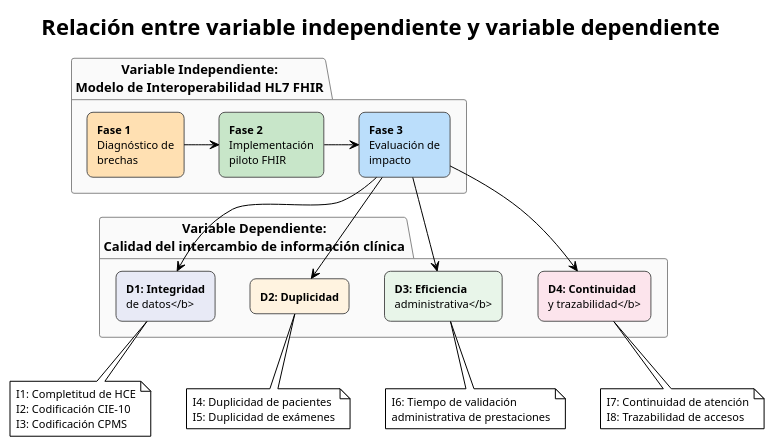
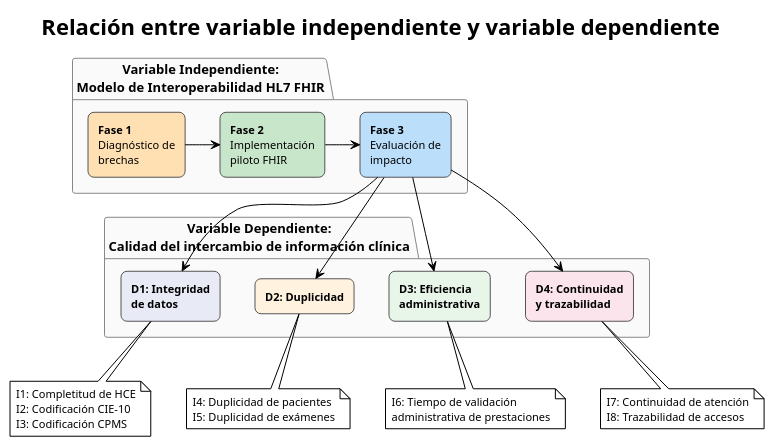
The diagram in media/diagrama-relacion-variables.puml (genomike/seminario_de_investigacion), drawn with PlantUML before and after one commit. The commit also changed 18 other files, not shown here.

```diff
--- a/media/diagrama-relacion-variables.puml
+++ b/media/diagrama-relacion-variables.puml
@@ -1,62 +1,62 @@
 @startuml diagrama-relacion-variables
 !theme plain
 skinparam backgroundColor white
 skinparam defaultFontName Arial
 skinparam defaultFontSize 11
 skinparam shadowing false
 skinparam rectangle {
     RoundCorner 12
     BorderColor #555555
 }
 skinparam package {
     BackgroundColor #FAFAFA
     BorderColor #888888
     FontSize 13
     FontStyle bold
 }
 
 title <b>Relación entre variable independiente y variable dependiente</b>
 
 package "Variable Independiente:\nModelo de Interoperabilidad HL7 FHIR" as VI {
     rectangle "<b>Fase 1</b>\nDiagnóstico de\nbrechas" as F1 #FFE0B2
     rectangle "<b>Fase 2</b>\nImplementación\npiloto FHIR" as F2 #C8E6C9
     rectangle "<b>Fase 3</b>\nEvaluación de\nimpacto" as F3 #BBDEFB
 }
 
 F1 -right-> F2
 F2 -right-> F3
 
 package "Variable Dependiente:\nCalidad del intercambio de información clínica" as VD {
-    rectangle "<b>D1: Integridad\nde datos</b>" as D1 #E8EAF6
+    rectangle "<b>D1: Integridad</b>\n<b>de datos</b>" as D1 #E8EAF6
     rectangle "<b>D2: Duplicidad</b>" as D2 #FFF3E0
-    rectangle "<b>D3: Eficiencia\nadministrativa</b>" as D3 #E8F5E9
-    rectangle "<b>D4: Continuidad\ny trazabilidad</b>" as D4 #FCE4EC
+    rectangle "<b>D3: Eficiencia</b>\n<b>administrativa</b>" as D3 #E8F5E9
+    rectangle "<b>D4: Continuidad</b>\n<b>y trazabilidad</b>" as D4 #FCE4EC
 }
 
 F3 -down-> D1
 F3 -down-> D2
 F3 -down-> D3
 F3 -down-> D4
 
 note bottom of D1
   I1: Completitud de HCE
   I2: Codificación CIE-10
   I3: Codificación CPMS
 end note
 
 note bottom of D2
   I4: Duplicidad de pacientes
   I5: Duplicidad de exámenes
 end note
 
 note bottom of D3
   I6: Tiempo de validación
   administrativa de prestaciones
 end note
 
 note bottom of D4
   I7: Continuidad de atención
   I8: Trazabilidad de accesos
 end note
 
 @enduml
```
